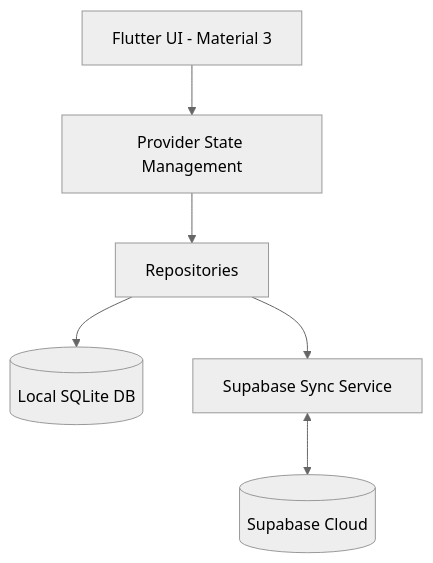
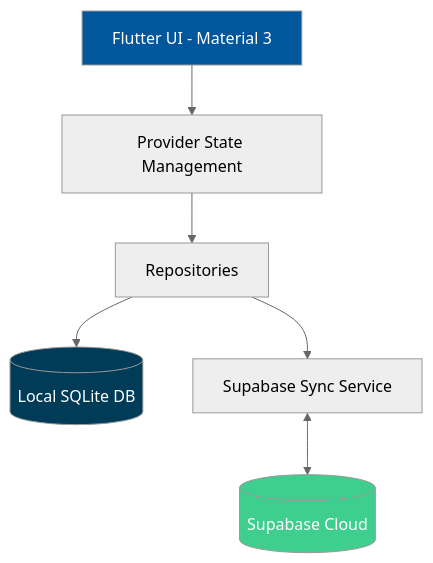
The diagram in backup_pos/README.md (Asad-allah/Backup_POS), drawn with Mermaid (neutral theme) before and after one commit. The commit also changed other lines of this file and 1 other file, not shown here.

````diff
--- a/backup_pos/README.md
+++ b/backup_pos/README.md
@@ -56,8 +55,12 @@
 ```mermaid
 graph TD
     UI[Flutter UI - Material 3] --> Providers[Provider State Management]
     Providers --> Repos[Repositories]
     Repos --> SQLite[(Local SQLite DB)]
     Repos --> Sync[Supabase Sync Service]
     Sync <--> Cloud[(Supabase Cloud)]
+    
+    style SQLite fill:#003B57,color:#fff
+    style Cloud fill:#3ECF8E,color:#fff
+    style UI fill:#02569B,color:#fff
 ```
````
